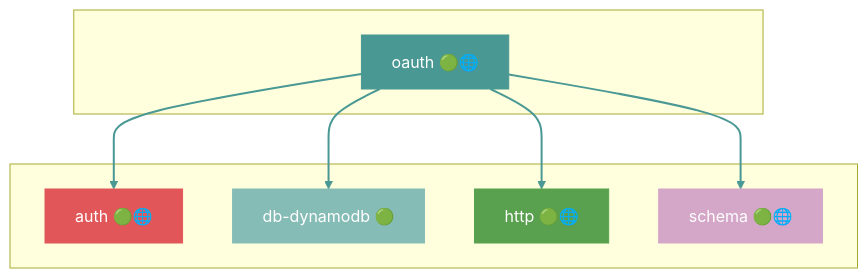
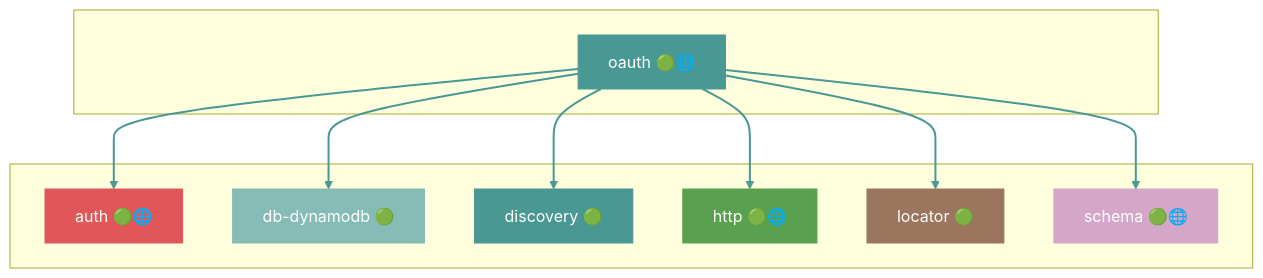
One commit to grest-ts/grest-ts changed diagram 33 of 47 in docs/DEPENDENCIES.md. Above: the diagram before and after it, drawn with Mermaid. The commit also changed other lines of this file and 4 other files, not shown here.

Commit message:
oauth: register /oauth and /.well-known with discovery; lazy first-party clients

````diff
--- a/docs/DEPENDENCIES.md
+++ b/docs/DEPENDENCIES.md
@@ -1671,25 +1683,33 @@
 ```mermaid
 flowchart TB
     subgraph Package[" "]
         oauth["oauth 🟢🌐"]
     end
     subgraph Dependencies[" "]
         auth["auth 🟢🌐"]
         db-dynamodb["db-dynamodb 🟢"]
+        discovery["discovery 🟢"]
         http["http 🟢🌐"]
+        locator["locator 🟢"]
         schema["schema 🟢🌐"]
     end
     oauth --> auth
     oauth --> db-dynamodb
+    oauth --> discovery
     oauth --> http
+    oauth --> locator
     oauth --> schema
     style oauth fill:#499894,stroke:#499894,color:#fff
     style auth fill:#E15759,stroke:#E15759,color:#fff
     style db-dynamodb fill:#86BCB6,stroke:#86BCB6,color:#fff
+    style discovery fill:#499894,stroke:#499894,color:#fff
     style http fill:#59A14F,stroke:#59A14F,color:#fff
+    style locator fill:#9C755F,stroke:#9C755F,color:#fff
     style schema fill:#D4A6C8,stroke:#D4A6C8,color:#fff
     linkStyle 0 stroke:#499894,stroke-width:2px
     linkStyle 1 stroke:#499894,stroke-width:2px
     linkStyle 2 stroke:#499894,stroke-width:2px
     linkStyle 3 stroke:#499894,stroke-width:2px
+    linkStyle 4 stroke:#499894,stroke-width:2px
+    linkStyle 5 stroke:#499894,stroke-width:2px
 ```
````
